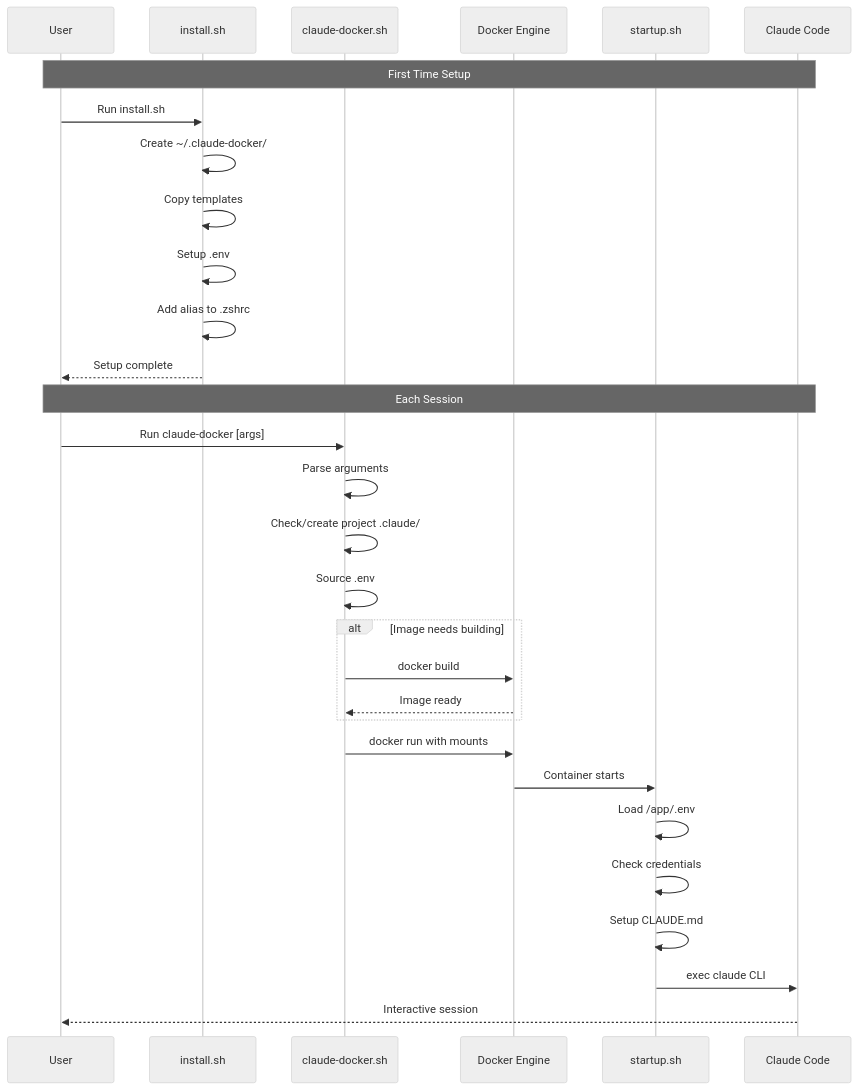
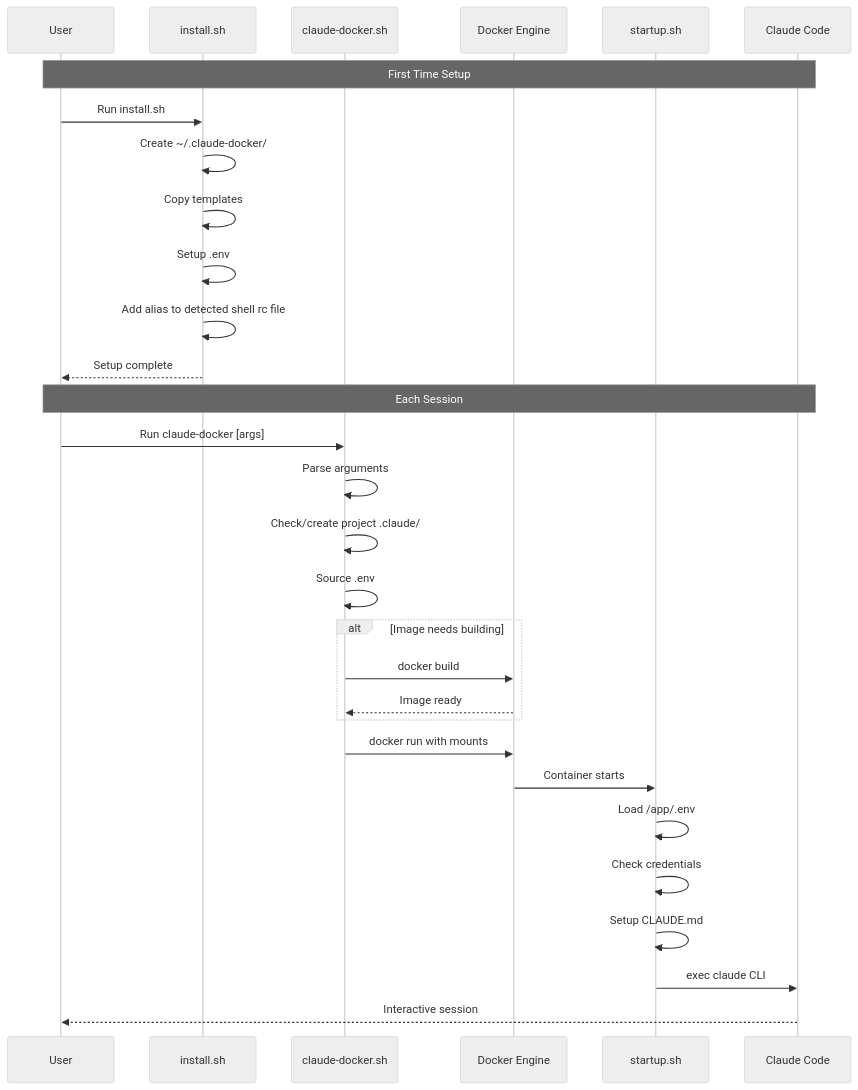
Diagram 13 of 14 in docs/architecture-diagrams.md (VishalJ99/claude-docker), drawn with Mermaid (neutral theme) before and after one commit. The commit also changed other lines of this file and 5 other files, not shown here.

````diff
--- a/docs/architecture-diagrams.md
+++ b/docs/architecture-diagrams.md
@@ -425,36 +427,36 @@
 ```mermaid
 sequenceDiagram
     participant U as User
     participant I as install.sh
     participant W as claude-docker.sh
     participant D as Docker Engine
     participant S as startup.sh
     participant C as Claude Code
 
     Note over U,C: First Time Setup
     U->>I: Run install.sh
     I->>I: Create ~/.claude-docker/
     I->>I: Copy templates
     I->>I: Setup .env
-    I->>I: Add alias to .zshrc
+    I->>I: Add alias to detected shell rc file
     I-->>U: Setup complete
 
     Note over U,C: Each Session
     U->>W: Run claude-docker [args]
     W->>W: Parse arguments
     W->>W: Check/create project .claude/
     W->>W: Source .env
 
     alt Image needs building
         W->>D: docker build
         D-->>W: Image ready
     end
 
     W->>D: docker run with mounts
     D->>S: Container starts
     S->>S: Load /app/.env
     S->>S: Check credentials
     S->>S: Setup CLAUDE.md
     S->>C: exec claude CLI
     C-->>U: Interactive session
 ```
````
